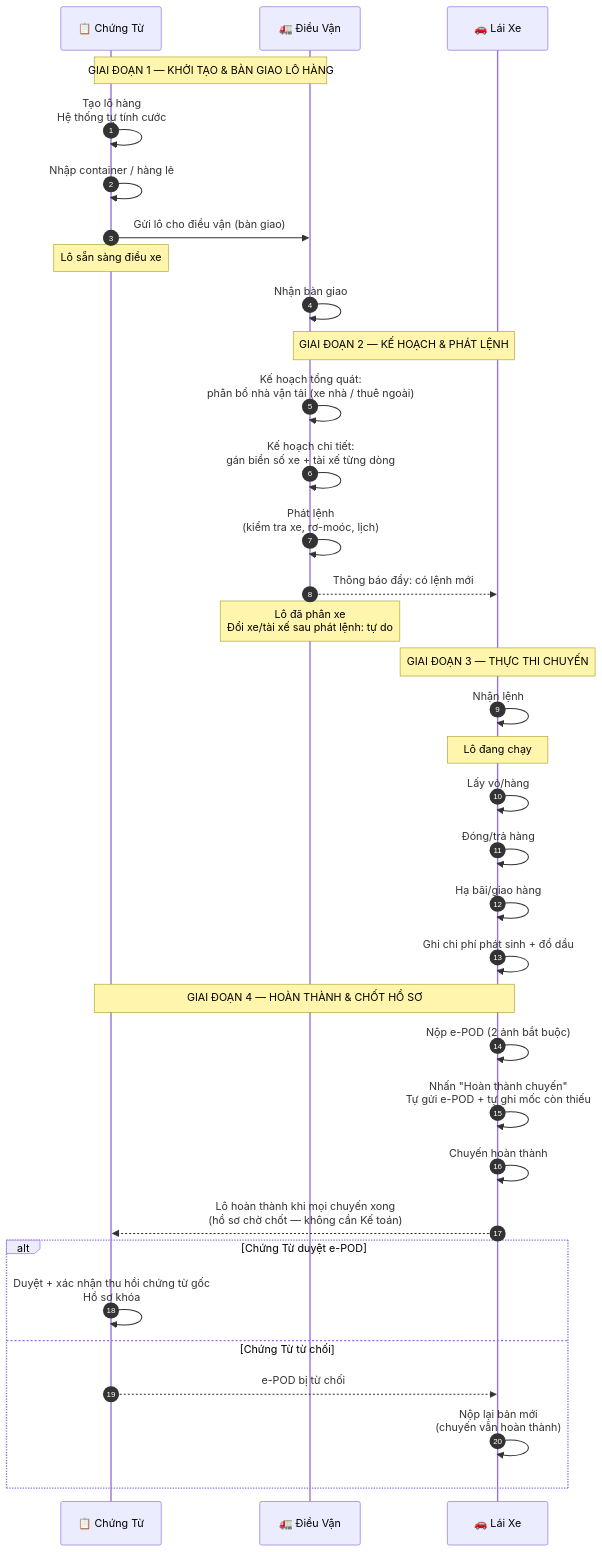
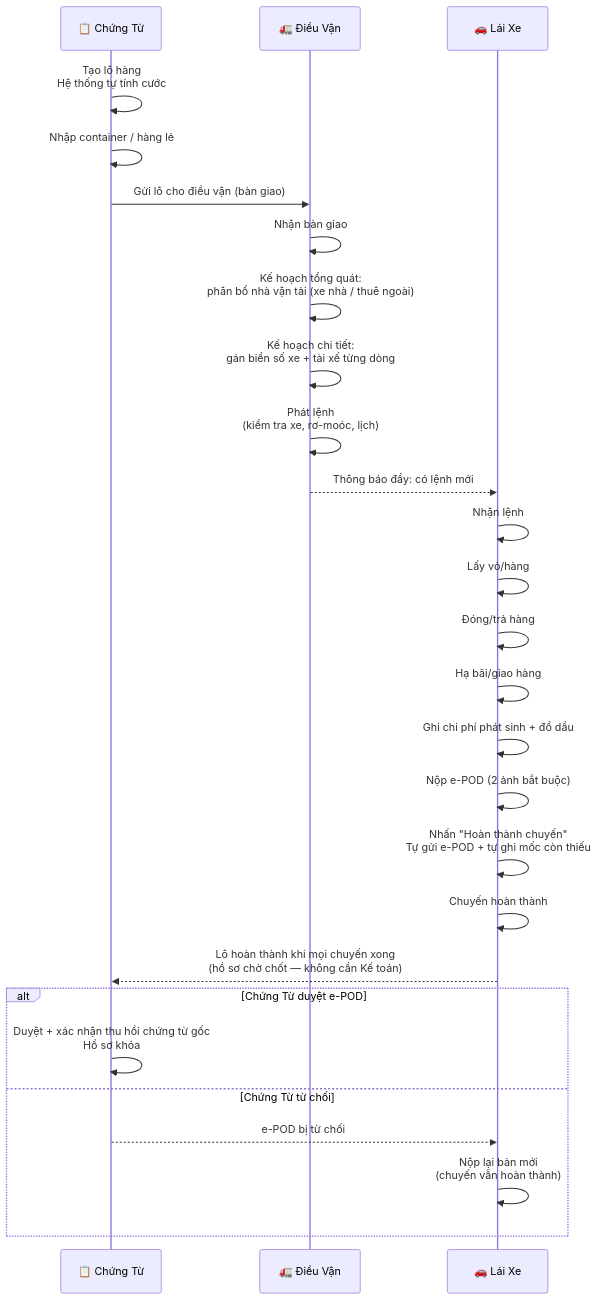
Before and after one commit to 4rankng/silversea: the first of 2 diagrams in docs/prd/quy-trinh-cus-dieuvan-laixe.md, drawn with Mermaid.

Commit message:
docs(prd): gọn sơ đồ tương tác — bỏ autonumber và các ghi chú giai đoạn trong diagram

````diff
--- a/docs/prd/quy-trinh-cus-dieuvan-laixe.md
+++ b/docs/prd/quy-trinh-cus-dieuvan-laixe.md
@@ -11,41 +11,33 @@
 ```mermaid
 sequenceDiagram
-    autonumber
     participant CT as 📋 Chứng Từ
     participant DV as 🚛 Điều Vận
     participant LX as 🚗 Lái Xe
 
-    Note over CT,DV: GIAI ĐOẠN 1 — KHỞI TẠO & BÀN GIAO LÔ HÀNG
     CT->>CT: Tạo lô hàng<br/>Hệ thống tự tính cước
     CT->>CT: Nhập container / hàng lẻ
     CT->>DV: Gửi lô cho điều vận (bàn giao)
-    Note over CT: Lô sẵn sàng điều xe
     DV->>DV: Nhận bàn giao
 
-    Note over DV,LX: GIAI ĐOẠN 2 — KẾ HOẠCH & PHÁT LỆNH
     DV->>DV: Kế hoạch tổng quát:<br/>phân bổ nhà vận tải (xe nhà / thuê ngoài)
     DV->>DV: Kế hoạch chi tiết:<br/>gán biển số xe + tài xế từng dòng
     DV->>DV: Phát lệnh<br/>(kiểm tra xe, rơ-moóc, lịch)
     DV-->>LX: Thông báo đẩy: có lệnh mới
-    Note over DV: Lô đã phân xe<br/>Đổi xe/tài xế sau phát lệnh: tự do
 
-    Note over LX: GIAI ĐOẠN 3 — THỰC THI CHUYẾN
     LX->>LX: Nhận lệnh
-    Note over LX: Lô đang chạy
     LX->>LX: Lấy vỏ/hàng
     LX->>LX: Đóng/trả hàng
     LX->>LX: Hạ bãi/giao hàng
     LX->>LX: Ghi chi phí phát sinh + đổ dầu
 
-    Note over LX,CT: GIAI ĐOẠN 4 — HOÀN THÀNH & CHỐT HỒ SƠ
     LX->>LX: Nộp e-POD (2 ảnh bắt buộc)
     LX->>LX: Nhấn "Hoàn thành chuyến"<br/>Tự gửi e-POD + tự ghi mốc còn thiếu
     LX->>LX: Chuyến hoàn thành
     LX-->>CT: Lô hoàn thành khi mọi chuyến xong<br/>(hồ sơ chờ chốt — không cần Kế toán)
     alt Chứng Từ duyệt e-POD
         CT->>CT: Duyệt + xác nhận thu hồi chứng từ gốc<br/>Hồ sơ khóa
     else Chứng Từ từ chối
         CT-->>LX: e-POD bị từ chối
         LX->>LX: Nộp lại bản mới<br/>(chuyến vẫn hoàn thành)
     end
 ```
````
